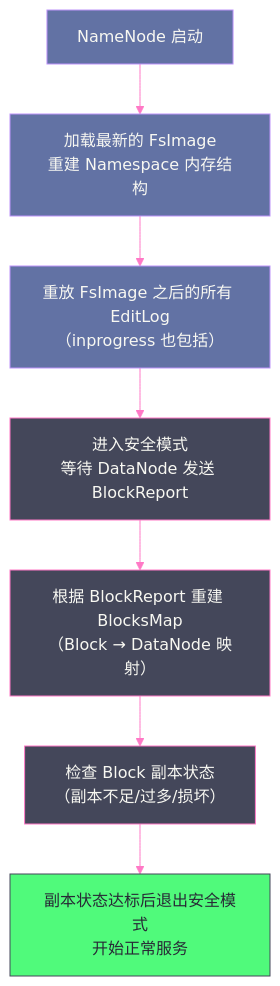
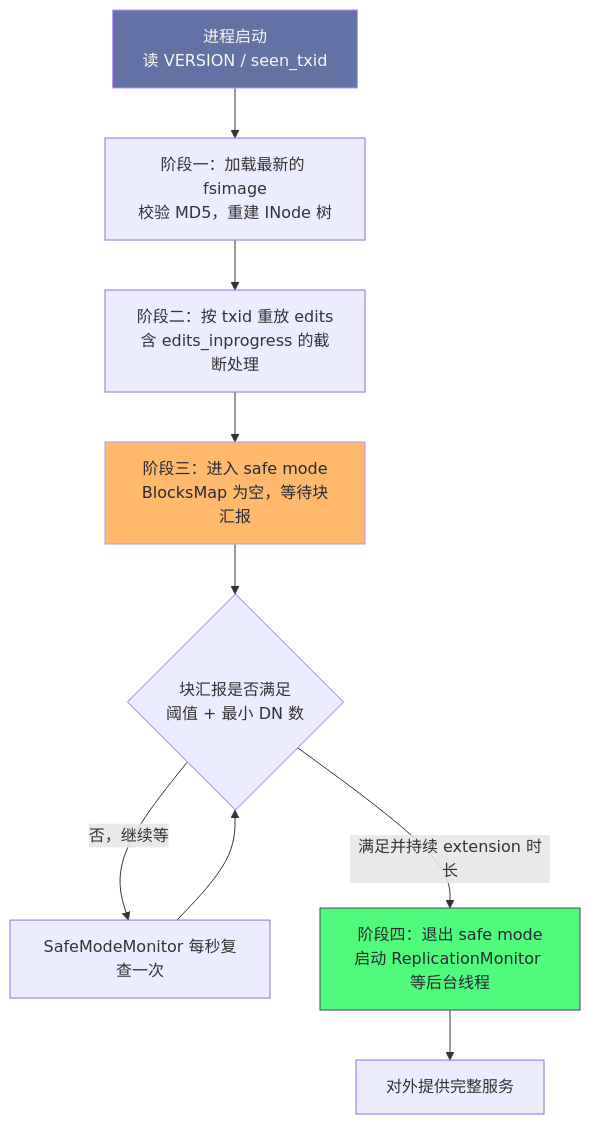
Before and after one commit to hpliStartAgain/my-brain: the fifth of 5 diagrams in content/大数据/Hadoop/HDFS/03 NameNode 的核心数据结构——FsImage 与 EditLog 的设计奥秘.md, drawn with Mermaid. The commit also changed other lines of this file and 455 other files, not shown here.

````diff
--- a/content/大数据/Hadoop/HDFS/03 NameNode 的核心数据结构——FsImage 与 EditLog 的设计奥秘.md
+++ b/content/大数据/Hadoop/HDFS/03 NameNode 的核心数据结构——FsImage 与 EditLog 的设计奥秘.md
@@ -264,26 +384,15 @@
 ```mermaid
-%%{init: {'theme': 'base', 'themeVariables': {'primaryColor': '#6272a4', 'primaryTextColor': '#f8f8f2', 'primaryBorderColor': '#bd93f9', 'lineColor': '#ff79c6', 'secondaryColor': '#44475a', 'tertiaryColor': '#282a36'}}}%%
-graph TD
-    Start["NameNode 启动"]
-    LoadFsImage["加载最新的 FsImage</br>重建 Namespace 内存结构"]
-    ReplayEdits["重放 FsImage 之后的所有 EditLog</br>（inprogress 也包括）"]
-    SafeMode["进入安全模式</br>等待 DataNode 发送 BlockReport"]
-    RebuildBlockMap["根据 BlockReport 重建 BlocksMap</br>（Block → DataNode 映射）"]
-    CheckReplica["检查 Block 副本状态</br>（副本不足/过多/损坏）"]
-    ExitSafeMode["副本状态达标后退出安全模式</br>开始正常服务"]
-
-    Start --> LoadFsImage
-    LoadFsImage --> ReplayEdits
-    ReplayEdits --> SafeMode
-    SafeMode --> RebuildBlockMap
-    RebuildBlockMap --> CheckReplica
-    CheckReplica --> ExitSafeMode
-
-    classDef phase fill:#6272a4,stroke:#bd93f9,color:#f8f8f2
-    classDef safe fill:#44475a,stroke:#ff79c6,color:#f8f8f2
-    classDef done fill:#50fa7b,stroke:#44475a,color:#282a36
-
-    class Start,LoadFsImage,ReplayEdits phase
-    class SafeMode,RebuildBlockMap,CheckReplica safe
-    class ExitSafeMode done
+%%{init: {'theme': 'dracula'}}%%
+flowchart TD
+    A["进程启动<br/>读 VERSION / seen_txid"] --> B["阶段一：加载最新的 fsimage<br/>校验 MD5，重建 INode 树"]
+    B --> C["阶段二：按 txid 重放 edits<br/>含 edits_inprogress 的截断处理"]
+    C --> D["阶段三：进入 safe mode<br/>BlocksMap 为空，等待块汇报"]
+    D --> E{"块汇报是否满足<br/>阈值 + 最小 DN 数"}
+    E -->|"否，继续等"| F["SafeModeMonitor 每秒复查一次"]
+    F --> E
+    E -->|"满足并持续 extension 时长"| G["阶段四：退出 safe mode<br/>启动 ReplicationMonitor 等后台线程"]
+    G --> H["对外提供完整服务"]
+    style A fill:#6272a4,stroke:#bd93f9,color:#f8f8f2
+    style D fill:#ffb86c,stroke:#bd93f9,color:#282a36
+    style G fill:#50fa7b,stroke:#44475a,color:#282a36
 ```
````
